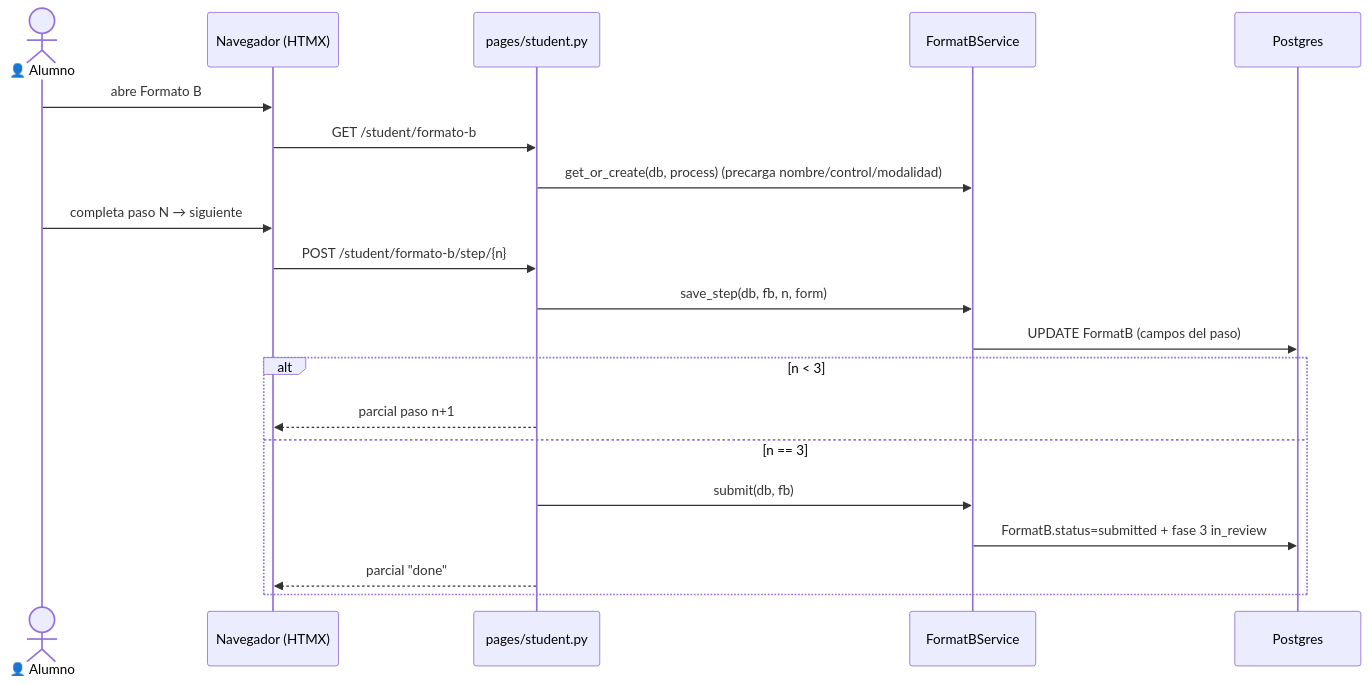
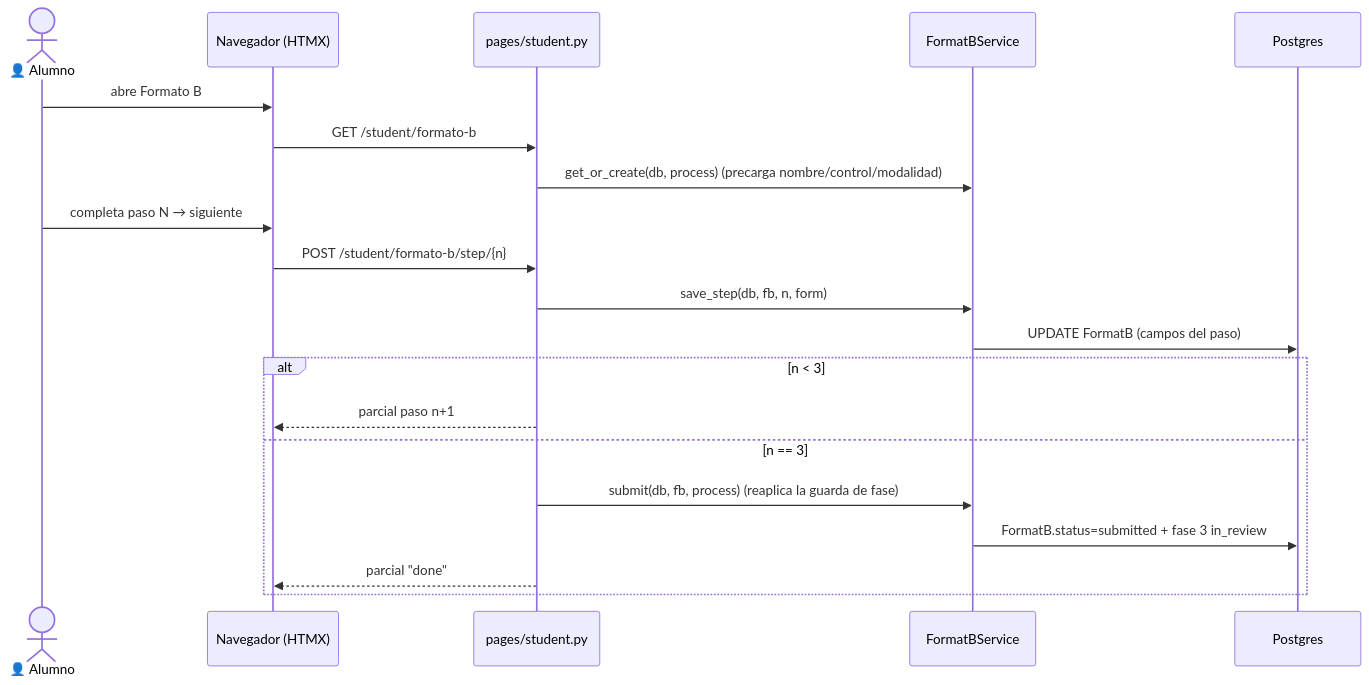
One commit to Erne1357/itcj changed the diagram in itcj2/apps/titulatec/docs/flows/phase3_student_formato_b.md. Above: the diagram before and after it, drawn with Mermaid. The commit also changed other lines of this file and 13 other files, not shown here.

````diff
--- a/itcj2/apps/titulatec/docs/flows/phase3_student_formato_b.md
+++ b/itcj2/apps/titulatec/docs/flows/phase3_student_formato_b.md
@@ -24,22 +24,22 @@
 ```mermaid
 sequenceDiagram
     actor U as 👤 Alumno
     participant FE as Navegador (HTMX)
     participant API as pages/student.py
     participant SVC as FormatBService
     participant DB as Postgres
     U->>FE: abre Formato B
     FE->>API: GET /student/formato-b
     API->>SVC: get_or_create(db, process) (precarga nombre/control/modalidad)
     U->>FE: completa paso N → siguiente
     FE->>API: POST /student/formato-b/step/{n}
     API->>SVC: save_step(db, fb, n, form)
     SVC->>DB: UPDATE FormatB (campos del paso)
     alt n < 3
         API-->>FE: parcial paso n+1
     else n == 3
-        API->>SVC: submit(db, fb)
+        API->>SVC: submit(db, fb, process)  (reaplica la guarda de fase)
         SVC->>DB: FormatB.status=submitted + fase 3 in_review
         API-->>FE: parcial "done"
     end
 ```
````
